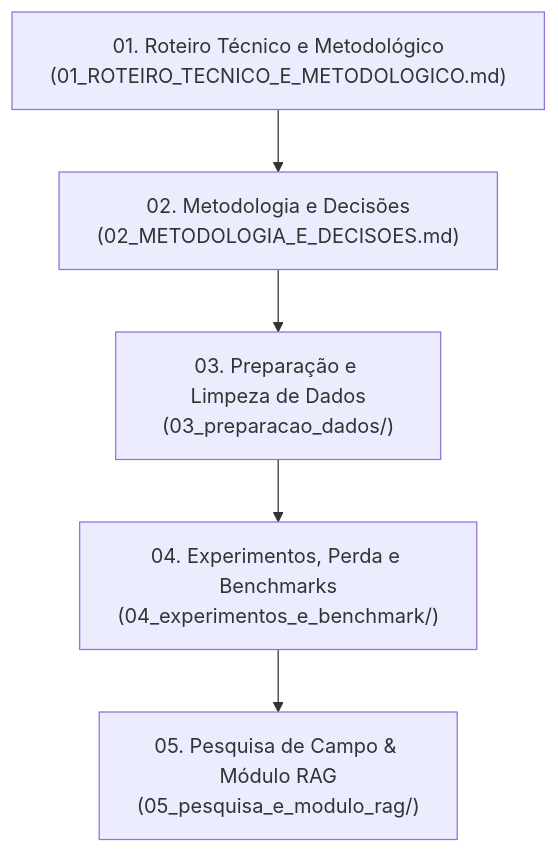
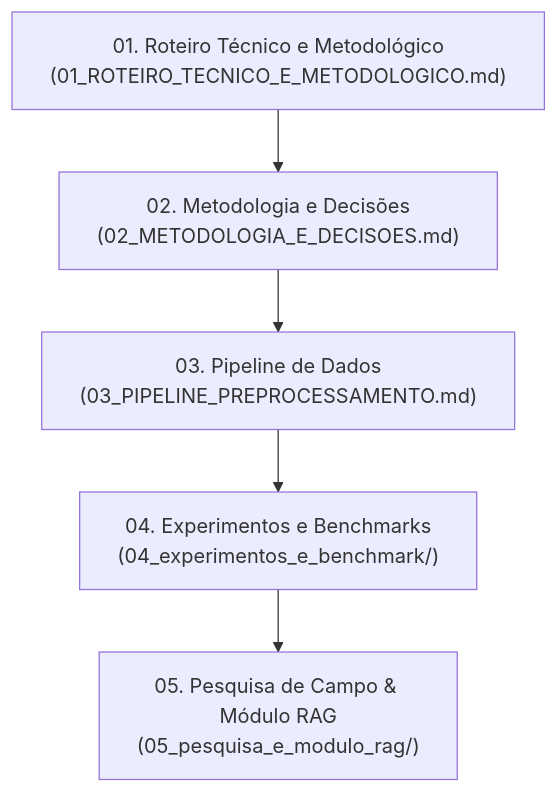
One commit to nanshibukawa/soybean-leaf-pest-damage changed the diagram in docs/README.md. Above: the diagram before and after it, drawn with Mermaid. The commit also changed other lines of this file and 3 other files, not shown here.

````diff
--- a/docs/README.md
+++ b/docs/README.md
@@ -12,7 +12,7 @@
 ```mermaid
 flowchart TD
     A["01. Roteiro Técnico e Metodológico<br/>(01_ROTEIRO_TECNICO_E_METODOLOGICO.md)"] --> B["02. Metodologia e Decisões<br/>(02_METODOLOGIA_E_DECISOES.md)"]
-    B --> C["03. Preparação e Limpeza de Dados<br/>(03_preparacao_dados/)"]
-    C --> D["04. Experimentos, Perda e Benchmarks<br/>(04_experimentos_e_benchmark/)"]
+    B --> C["03. Pipeline de Dados<br/>(03_PIPELINE_PREPROCESSAMENTO.md)"]
+    C --> D["04. Experimentos e Benchmarks<br/>(04_experimentos_e_benchmark/)"]
     D --> E["05. Pesquisa de Campo & Módulo RAG<br/>(05_pesquisa_e_modulo_rag/)"]
 ```
````
